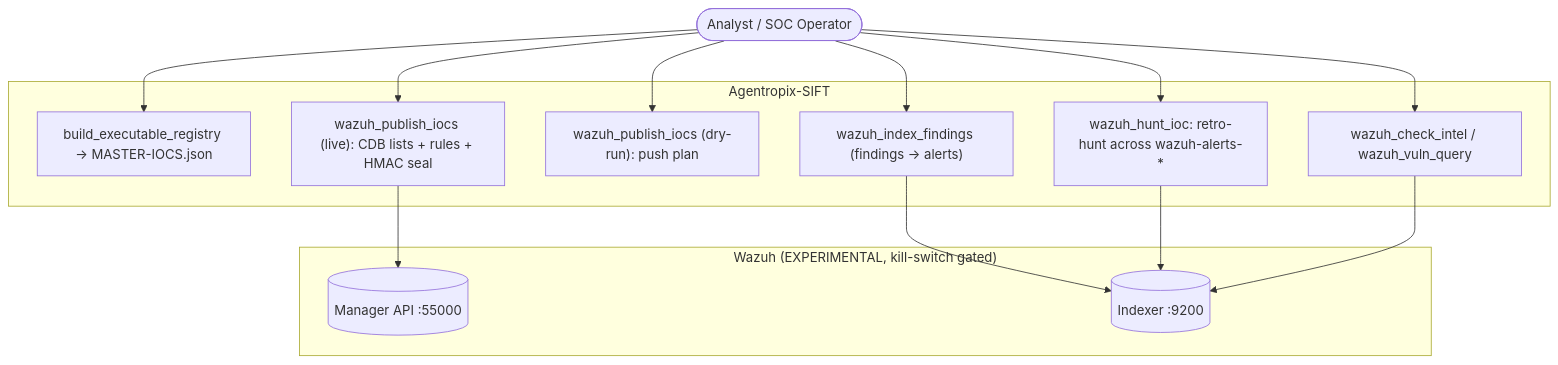
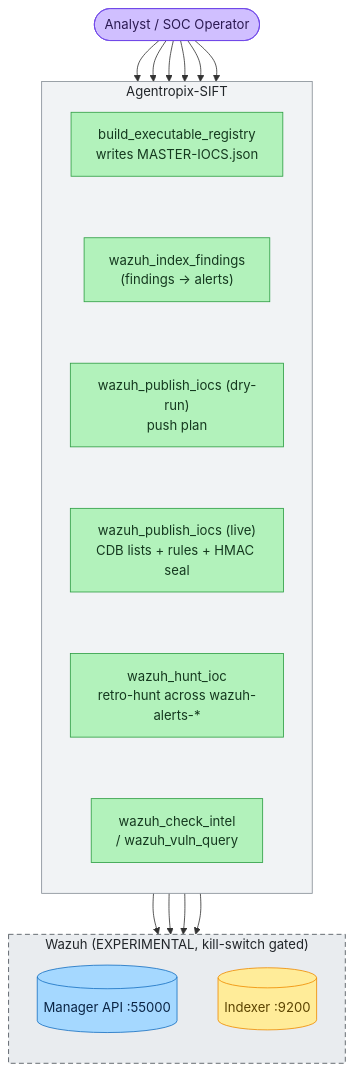
One commit to galvangabriel-web/agentropix-mcp changed the first of 2 diagrams in docs/06-use-cases/uc-wazuh-push.md. Above: the diagram before and after it, drawn with Mermaid. The commit also changed 20 other files, not shown here.

First line of the commit message:
Diagram readability pass (workflow): redesign diagrams for size/clarity + audit log

````diff
--- a/docs/06-use-cases/uc-wazuh-push.md
+++ b/docs/06-use-cases/uc-wazuh-push.md
@@ -26,29 +26,45 @@
 ```mermaid
 graph TD
-    operator([Analyst / SOC Operator])
+    operator(["Analyst / SOC Operator"])
 
-    subgraph Agentropix-SIFT
-        UC1["build_executable_registry -> MASTER-IOCS.json"]
-        UC2["wazuh_index_findings (findings -> alerts)"]
-        UC3["wazuh_publish_iocs (dry-run): push plan"]
-        UC4["wazuh_publish_iocs (live): CDB lists + rules + HMAC seal"]
-        UC5["wazuh_hunt_ioc: retro-hunt across wazuh-alerts-*"]
-        UC6["wazuh_check_intel / wazuh_vuln_query"]
+    subgraph SIFT["Agentropix-SIFT"]
+        direction TB
+        UC1["build_executable_registry<br/>writes MASTER-IOCS.json"]
+        UC2["wazuh_index_findings<br/>(findings -> alerts)"]
+        UC3["wazuh_publish_iocs (dry-run)<br/>push plan"]
+        UC4["wazuh_publish_iocs (live)<br/>CDB lists + rules + HMAC seal"]
+        UC5["wazuh_hunt_ioc<br/>retro-hunt across wazuh-alerts-*"]
+        UC6["wazuh_check_intel<br/>/ wazuh_vuln_query"]
+        UC1 ~~~ UC2 ~~~ UC3 ~~~ UC4 ~~~ UC5 ~~~ UC6
     end
 
-    subgraph Wazuh ["Wazuh (EXPERIMENTAL, kill-switch gated)"]
-        W1[(Manager API :55000)]
-        W2[(Indexer :9200)]
+    subgraph WAZUH["Wazuh (EXPERIMENTAL, kill-switch gated)"]
+        direction TB
+        W1[("Manager API :55000")]
+        W2[("Indexer :9200")]
     end
 
     operator --> UC1
     operator --> UC2
     operator --> UC3
     operator --> UC4
     operator --> UC5
     operator --> UC6
     UC2 --> W2
     UC4 --> W1
     UC5 --> W2
     UC6 --> W2
+
+    classDef actor fill:#d0bfff,stroke:#7048e8,color:#2b1a52
+    classDef core fill:#b2f2bb,stroke:#2f9e44,color:#15391f
+    classDef api fill:#a5d8ff,stroke:#1971c2,color:#0b2545
+    classDef sink fill:#ffec99,stroke:#f08c00,color:#5c4400
+
+    class operator actor
+    class UC1,UC2,UC3,UC4,UC5,UC6 core
+    class W1 api
+    class W2 sink
+
+    style SIFT fill:#f1f3f5,stroke:#868e96,color:#212529
+    style WAZUH fill:#e9ecef,stroke:#495057,color:#212529,stroke-dasharray: 6 4
 ```
````
